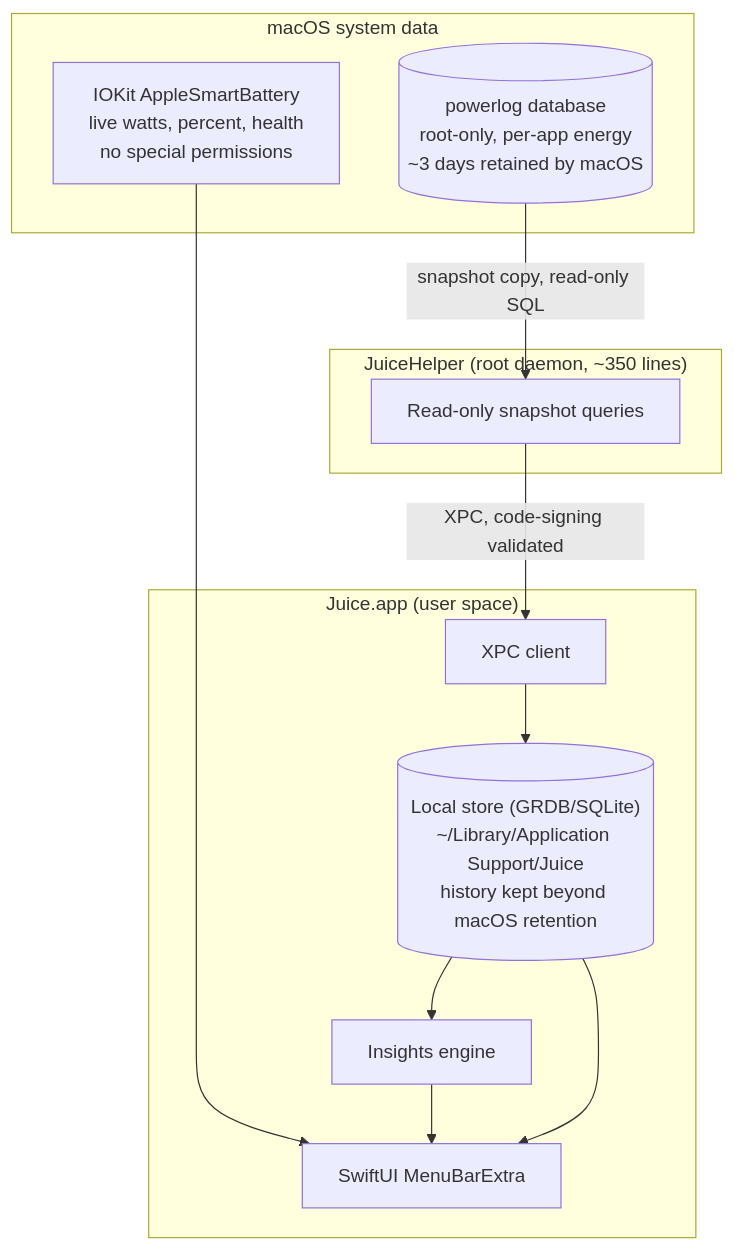
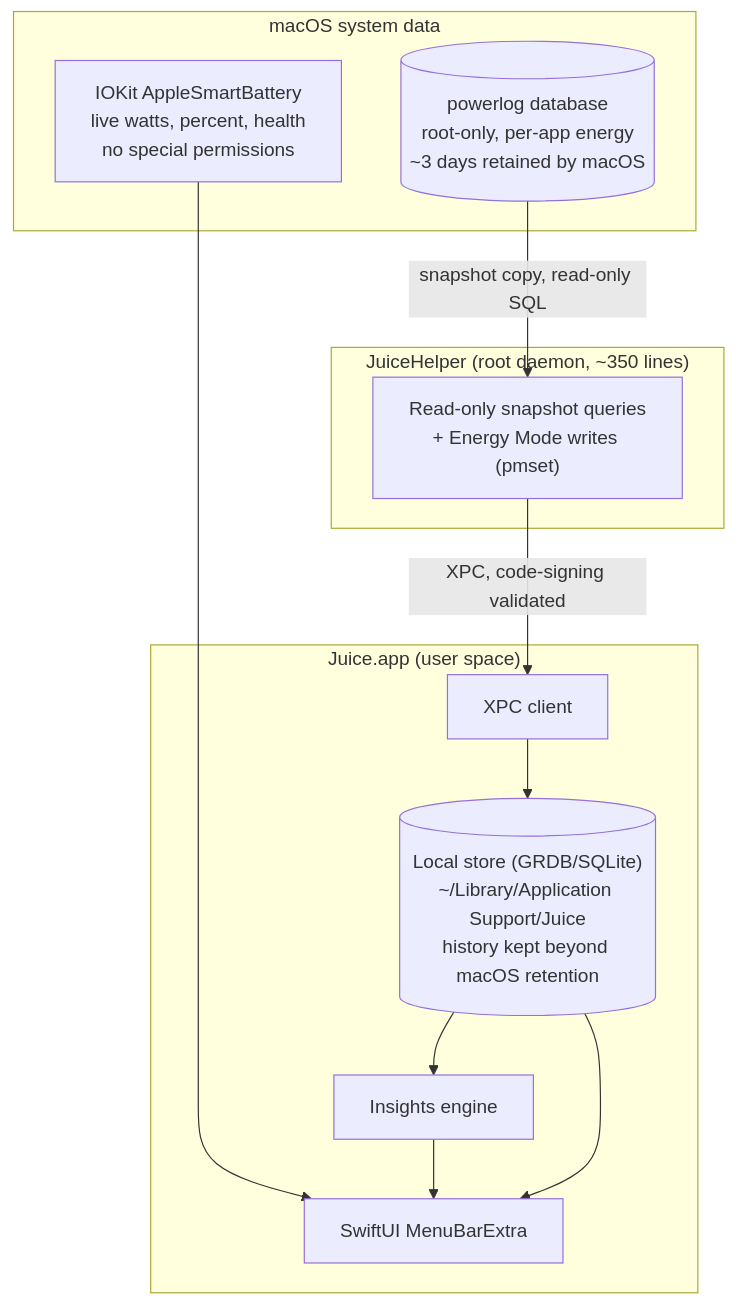
One commit to EClinick/juice changed the diagram in README.md. Above: the diagram before and after it, drawn with Mermaid. The commit also changed other lines of this file and 20 other files, not shown here.

First line of the commit message:
Energy Mode control in the popover (#27)

````diff
--- a/README.md
+++ b/README.md
@@ -51,26 +51,26 @@
 ```mermaid
 flowchart TB
   subgraph system["macOS system data"]
     PL[("powerlog database<br/>root-only, per-app energy<br/>~3 days retained by macOS")]
     IOK["IOKit AppleSmartBattery<br/>live watts, percent, health<br/>no special permissions"]
   end
 
   subgraph helper["JuiceHelper (root daemon, ~350 lines)"]
-    SNAP["Read-only snapshot queries"]
+    SNAP["Read-only snapshot queries<br/>+ Energy Mode writes (pmset)"]
   end
 
   subgraph app["Juice.app (user space)"]
     XPC["XPC client"]
     STORE[("Local store (GRDB/SQLite)<br/>~/Library/Application Support/Juice<br/>history kept beyond macOS retention")]
     INS["Insights engine"]
     UI["SwiftUI MenuBarExtra"]
   end
 
   PL -- "snapshot copy, read-only SQL" --> SNAP
   SNAP -- "XPC, code-signing validated" --> XPC
   IOK --> UI
   XPC --> STORE
   STORE --> INS
   INS --> UI
   STORE --> UI
 ```
````
